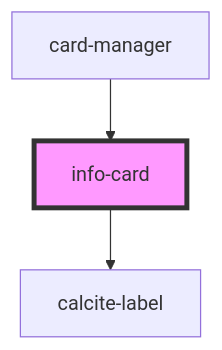
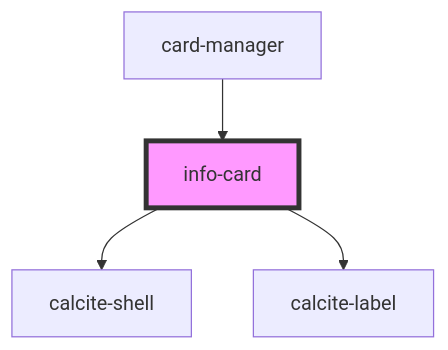
The diagram in src/components/info-card/readme.md (Esri/solutions-components), drawn with Mermaid before and after one commit. The commit also changed other lines of this file and 7 other files, not shown here.

````diff
--- a/src/components/info-card/readme.md
+++ b/src/components/info-card/readme.md
@@ -27,6 +28,7 @@
 ```mermaid
 graph TD;
+  info-card --> calcite-shell
   info-card --> calcite-label
   card-manager --> info-card
   style info-card fill:#f9f,stroke:#333,stroke-width:4px
 ```
````
